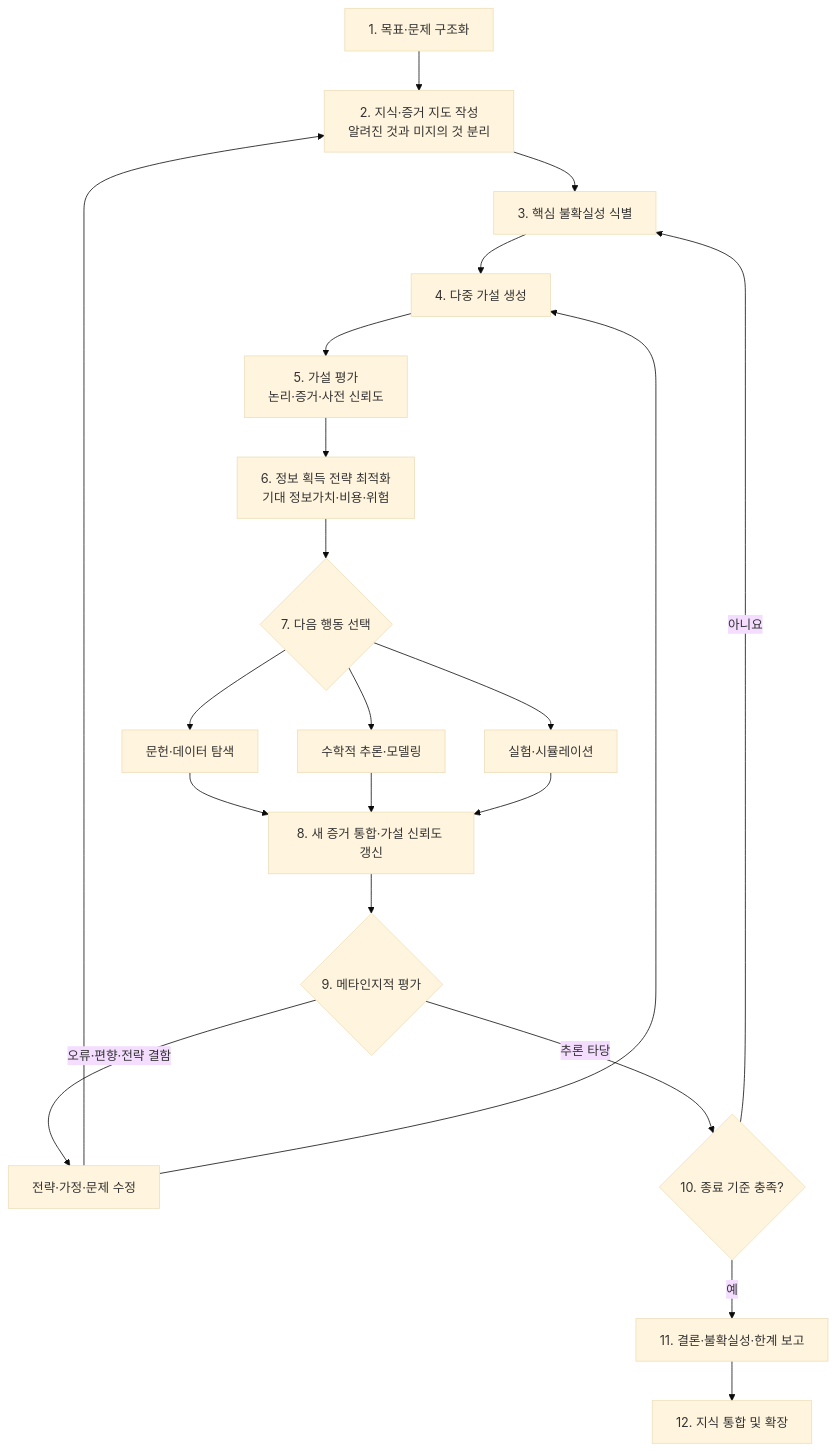
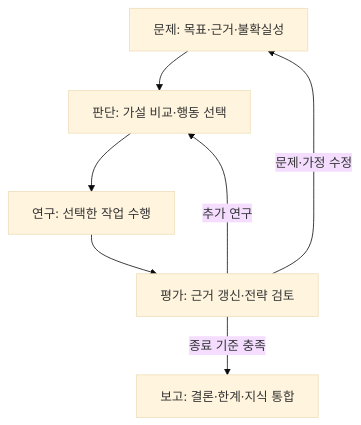
Before and after one commit to Rmayana/frontier-research-harness: the fifth of 8 diagrams in docs/SPECIFICATION.md, drawn with Mermaid (base theme). The commit also changed other lines of this file, not shown here.

````diff
--- a/docs/SPECIFICATION.md
+++ b/docs/SPECIFICATION.md
@@ -242,31 +221,13 @@
 ```mermaid
 flowchart TD
-    A["1. 목표·문제 구조화"]
-    B["2. 지식·증거 지도 작성<br/>알려진 것과 미지의 것 분리"]
-    C["3. 핵심 불확실성 식별"]
-    D["4. 다중 가설 생성"]
-    E["5. 가설 평가<br/>논리·증거·사전 신뢰도"]
-    F["6. 정보 획득 전략 최적화<br/>기대 정보가치·비용·위험"]
-    G{"7. 다음 행동 선택"}
-    H["문헌·데이터 탐색"]
-    I["수학적 추론·모델링"]
-    J["실험·시뮬레이션"]
-    K["8. 새 증거 통합·가설 신뢰도 갱신"]
-    L{"9. 메타인지적 평가"}
-    M["전략·가정·문제 수정"]
-    N{"10. 종료 기준 충족?"}
-    O["11. 결론·불확실성·한계 보고"]
-    P["12. 지식 통합 및 확장"]
+    A["문제: 목표·근거·불확실성"]
+    B["판단: 가설 비교·행동 선택"]
+    C["연구: 선택한 작업 수행"]
+    D["평가: 근거 갱신·전략 검토"]
+    E["보고: 결론·한계·지식 통합"]
 
-    A --> B --> C --> D --> E --> F --> G
-    G --> H --> K
-    G --> I --> K
-    G --> J --> K
-    K --> L
-    L -->|"오류·편향·전략 결함"| M
-    M --> B
-    M --> D
-    L -->|"추론 타당"| N
-    N -->|"아니요"| C
-    N -->|"예"| O --> P
+    A --> B --> C --> D
+    D -->|"추가 연구"| B
+    D -->|"문제·가정 수정"| A
+    D -->|"종료 기준 충족"| E
 ```
````
